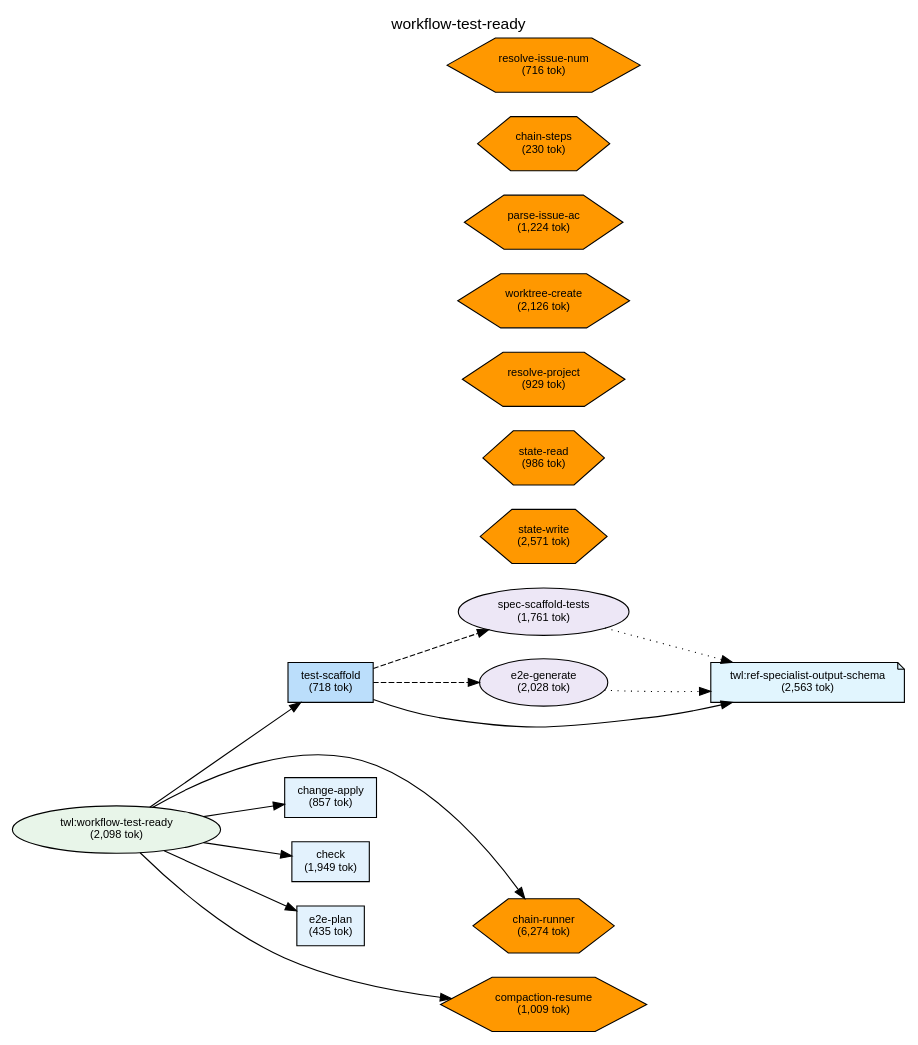
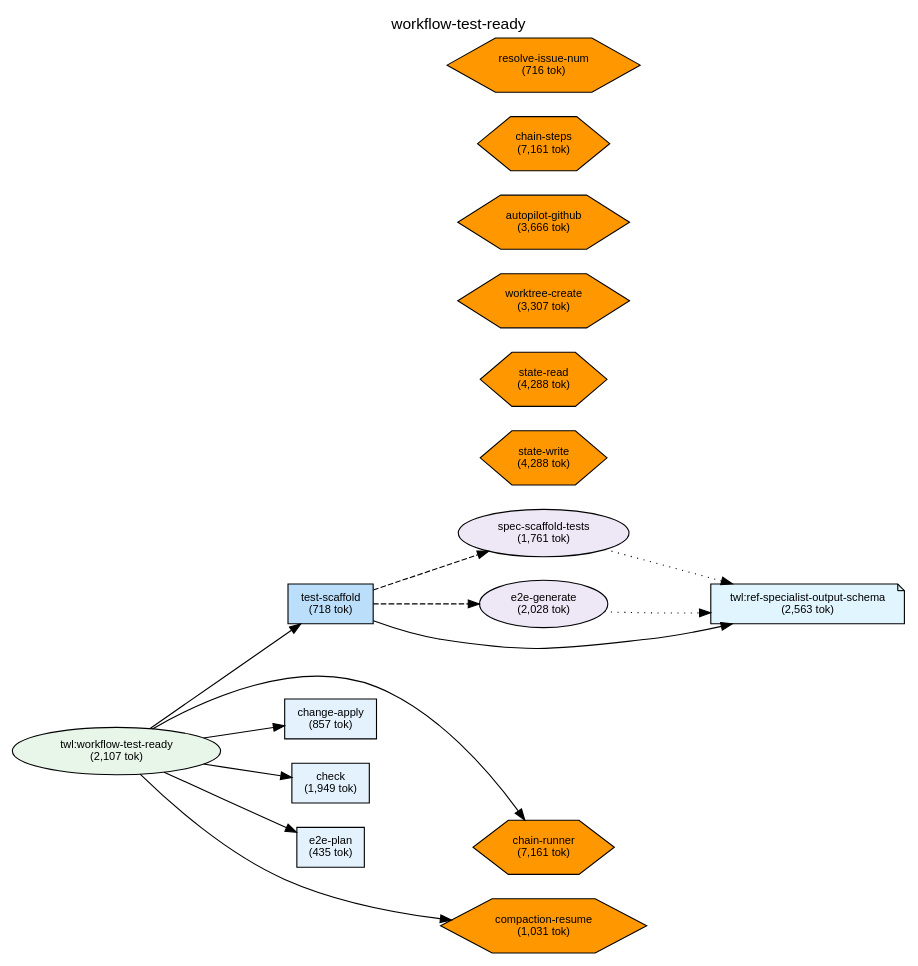
The diagram in plugins/twl/docs/deps-workflow-test-ready.dot (shuu5/twill), drawn with Graphviz before and after one commit. The commit also changed 23 other files, not shown here.

First line of the commit message:
feat(plugins-twl): workflow-self-improve 新設 + co-autopilot calls 削減

```diff
--- a/plugins/twl/docs/deps-workflow-test-ready.dot
+++ b/plugins/twl/docs/deps-workflow-test-ready.dot
@@ -1,83 +1,82 @@
 digraph Dependencies {
     // Graph settings
     rankdir=LR;
     ranksep=0.8;
     nodesep=0.3;
     fontname="Helvetica";
     node [fontname="Helvetica", fontsize=10];
     edge [fontname="Helvetica", fontsize=9];
     label="workflow-test-ready";
     labelloc=t;
     fontsize=14;
 
     // L0: Controller Skills
 
     // L0: Launchers
 
     // L0.5: Workflow Skills
-    skill_workflow_test_ready [label="twl:workflow-test-ready\n(2,098 tok)", shape=ellipse, style=filled, fillcolor="#e8f5e9"];
+    skill_workflow_test_ready [label="twl:workflow-test-ready\n(2,107 tok)", shape=ellipse, style=filled, fillcolor="#e8f5e9"];
 
     // Reference Skills
     skill_ref_specialist_output_schema [label="twl:ref-specialist-output-schema\n(2,563 tok)", shape=note, style=filled, fillcolor="#e1f5fe"];
 
     // L1: Direct Commands
     cmd_change_apply [label="change-apply\n(857 tok)", shape=box, style=filled, fillcolor="#e3f2fd"];
     cmd_check [label="check\n(1,949 tok)", shape=box, style=filled, fillcolor="#e3f2fd"];
     cmd_e2e_plan [label="e2e-plan\n(435 tok)", shape=box, style=filled, fillcolor="#e3f2fd"];
     cmd_test_scaffold [label="test-scaffold\n(718 tok)", shape=box, style=filled, fillcolor="#bbdefb"];
 
     // L2: Sub Commands
 
     // L3: Agents
     agent_spec_scaffold_tests [label="spec-scaffold-tests\n(1,761 tok)", shape=ellipse, style=filled, fillcolor="#ede7f6"];
     agent_e2e_generate [label="e2e-generate\n(2,028 tok)", shape=ellipse, style=filled, fillcolor="#ede7f6"];
 
     // L3.5: Scripts
-    script_state_read [label="state-read\n(986 tok)", shape=hexagon, style=filled, fillcolor="#FF9800"];
-    script_state_write [label="state-write\n(2,571 tok)", shape=hexagon, style=filled, fillcolor="#FF9800"];
-    script_resolve_project [label="resolve-project\n(929 tok)", shape=hexagon, style=filled, fillcolor="#FF9800"];
-    script_chain_runner [label="chain-runner\n(6,274 tok)", shape=hexagon, style=filled, fillcolor="#FF9800"];
-    script_worktree_create [label="worktree-create\n(2,126 tok)", shape=hexagon, style=filled, fillcolor="#FF9800"];
-    script_parse_issue_ac [label="parse-issue-ac\n(1,224 tok)", shape=hexagon, style=filled, fillcolor="#FF9800"];
-    script_chain_steps [label="chain-steps\n(230 tok)", shape=hexagon, style=filled, fillcolor="#FF9800"];
-    script_compaction_resume [label="compaction-resume\n(1,009 tok)", shape=hexagon, style=filled, fillcolor="#FF9800"];
+    script_state_read [label="state-read\n(4,288 tok)", shape=hexagon, style=filled, fillcolor="#FF9800"];
+    script_state_write [label="state-write\n(4,288 tok)", shape=hexagon, style=filled, fillcolor="#FF9800"];
+    script_chain_runner [label="chain-runner\n(7,161 tok)", shape=hexagon, style=filled, fillcolor="#FF9800"];
+    script_worktree_create [label="worktree-create\n(3,307 tok)", shape=hexagon, style=filled, fillcolor="#FF9800"];
+    script_autopilot_github [label="autopilot-github\n(3,666 tok)", shape=hexagon, style=filled, fillcolor="#FF9800"];
+    script_chain_steps [label="chain-steps\n(7,161 tok)", shape=hexagon, style=filled, fillcolor="#FF9800"];
+    script_compaction_resume [label="compaction-resume\n(1,031 tok)", shape=hexagon, style=filled, fillcolor="#FF9800"];
     script_resolve_issue_num [label="resolve-issue-num\n(716 tok)", shape=hexagon, style=filled, fillcolor="#FF9800"];
 
     // L4: External
 
     // Layer constraints
     { rank=same; skill_workflow_test_ready; }
     { rank=same; skill_ref_specialist_output_schema; }
     { rank=same; cmd_change_apply; cmd_check; cmd_e2e_plan; cmd_test_scaffold; }
     { rank=same; agent_spec_scaffold_tests; agent_e2e_generate; }
-    { rank=same; script_state_read; script_state_write; script_resolve_project; script_chain_runner; script_worktree_create; script_parse_issue_ac; script_chain_steps; script_compaction_resume; script_resolve_issue_num; }
+    { rank=same; script_state_read; script_state_write; script_chain_runner; script_worktree_create; script_autopilot_github; script_chain_steps; script_compaction_resume; script_resolve_issue_num; }
 
     // Edges
     skill_workflow_test_ready -> cmd_test_scaffold;
     skill_workflow_test_ready -> cmd_change_apply;
     skill_workflow_test_ready -> cmd_check;
     skill_workflow_test_ready -> cmd_e2e_plan;
     skill_workflow_test_ready -> script_chain_runner;
     skill_workflow_test_ready -> script_compaction_resume;
     cmd_test_scaffold -> agent_spec_scaffold_tests [style=dashed];
     cmd_test_scaffold -> agent_e2e_generate [style=dashed];
     cmd_test_scaffold -> skill_ref_specialist_output_schema;
     agent_spec_scaffold_tests -> skill_ref_specialist_output_schema [style=dotted];
     agent_e2e_generate -> skill_ref_specialist_output_schema [style=dotted];
 
     // Ordering constraints (invisible edges)
     script_chain_runner -> script_compaction_resume [style=invis, weight=10];
     cmd_test_scaffold -> cmd_change_apply [style=invis, weight=10];
     cmd_change_apply -> cmd_check [style=invis, weight=10];
     cmd_check -> cmd_e2e_plan [style=invis, weight=10];
     cmd_e2e_plan -> script_chain_runner [style=invis, weight=10];
     script_chain_runner -> script_compaction_resume [style=invis, weight=10];
     script_chain_runner -> script_compaction_resume [style=invis, weight=10];
     script_chain_runner -> script_compaction_resume [style=invis, weight=10];
     agent_spec_scaffold_tests -> agent_e2e_generate [style=invis, weight=10];
     agent_e2e_generate -> skill_ref_specialist_output_schema [style=invis, weight=10];
     script_state_read -> script_state_write [style=invis, weight=10];
     script_state_read -> script_state_write [style=invis, weight=10];
     script_state_read -> script_state_write [style=invis, weight=10];
 
 }
```
